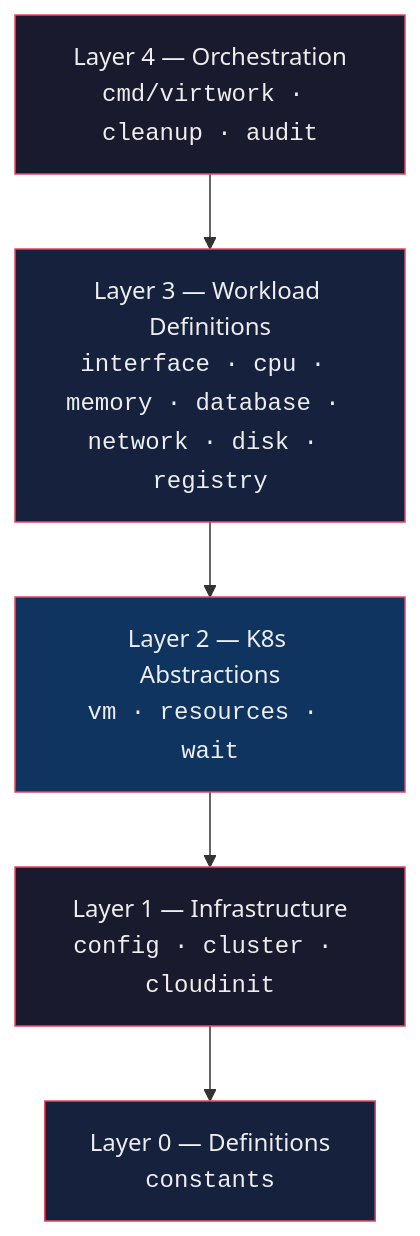
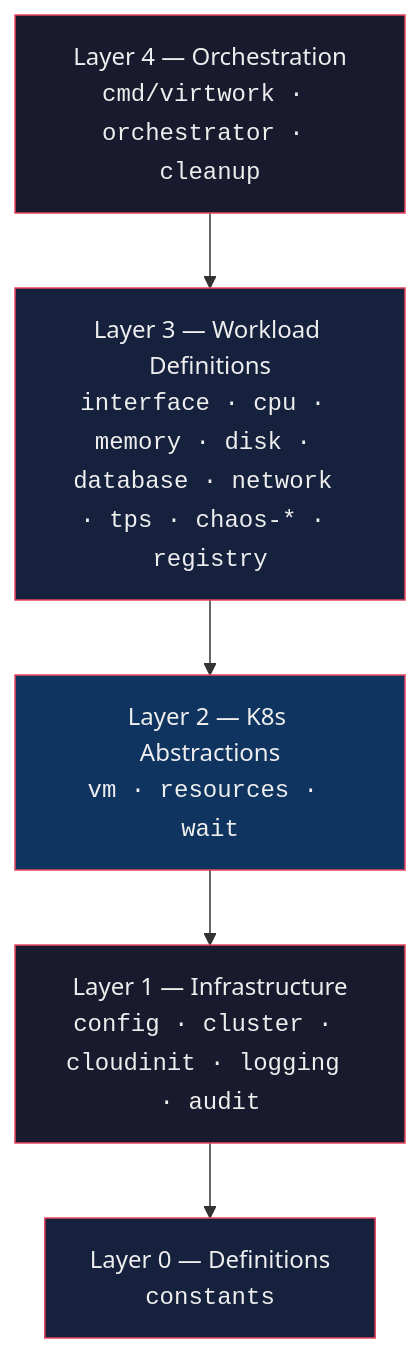
Before and after one commit to opdev/virtwork: the first of 3 diagrams in docs/virtwork-vs-kube-burner.md, drawn with Mermaid.

Commit message:
docs: fix architecture layers in virtwork-vs-kube-burner comparison
Move audit to L1, add orchestrator to L4, add logging to L1.
Add tps and chaos-* to L3 workload list.

````diff
--- a/docs/virtwork-vs-kube-burner.md
+++ b/docs/virtwork-vs-kube-burner.md
@@ -75,16 +75,16 @@
 ```mermaid
 graph TD
-    L4["Layer 4 — Orchestration<br/><code>cmd/virtwork · cleanup · audit</code>"]
-    L3["Layer 3 — Workload Definitions<br/><code>interface · cpu · memory · database · network · disk · registry</code>"]
+    L4["Layer 4 — Orchestration<br/><code>cmd/virtwork · orchestrator · cleanup</code>"]
+    L3["Layer 3 — Workload Definitions<br/><code>interface · cpu · memory · disk · database · network · tps · chaos-* · registry</code>"]
     L2["Layer 2 — K8s Abstractions<br/><code>vm · resources · wait</code>"]
-    L1["Layer 1 — Infrastructure<br/><code>config · cluster · cloudinit</code>"]
+    L1["Layer 1 — Infrastructure<br/><code>config · cluster · cloudinit · logging · audit</code>"]
     L0["Layer 0 — Definitions<br/><code>constants</code>"]
 
     L4 --> L3 --> L2 --> L1 --> L0
 
     style L4 fill:#1a1a2e,stroke:#e94560,color:#eee
     style L3 fill:#16213e,stroke:#e94560,color:#eee
     style L2 fill:#0f3460,stroke:#e94560,color:#eee
     style L1 fill:#1a1a2e,stroke:#e94560,color:#eee
     style L0 fill:#16213e,stroke:#e94560,color:#eee
 ```
````
